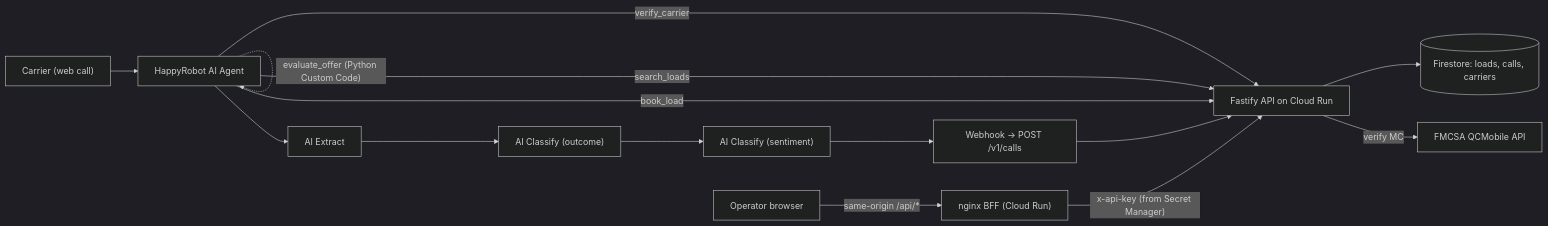
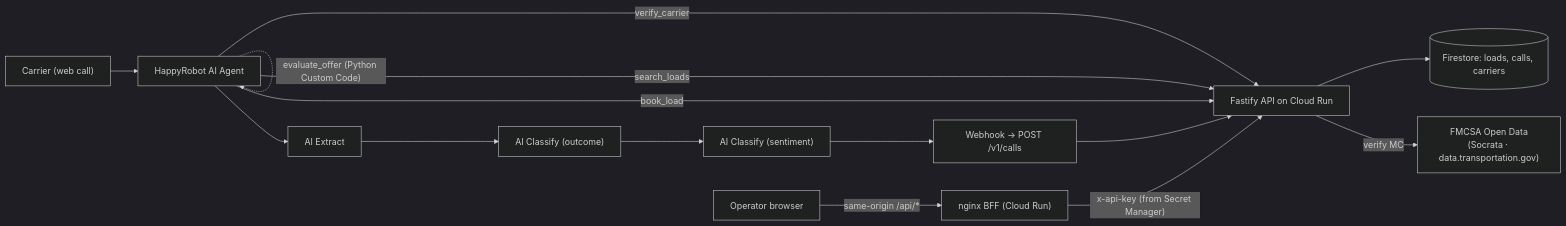
The diagram in README.md (matijacob96/happyrobot-inbound-carrier-sales-mjacob), drawn with Mermaid (dark theme) before and after one commit. The commit also changed other lines of this file and 6 other files, not shown here.

````diff
--- a/README.md
+++ b/README.md
@@ -48,17 +61,17 @@
 ```mermaid
 flowchart LR
     Carrier["Carrier (web call)"] --> HRAgent["HappyRobot AI Agent"]
     HRAgent -->|"verify_carrier"| API["Fastify API on Cloud Run"]
     HRAgent -->|"search_loads"| API
     HRAgent -->|"book_load"| API
     HRAgent -.->|"evaluate_offer (Python Custom Code)"| HRAgent
     HRAgent --> AIExtract["AI Extract"]
     AIExtract --> OutcomeClassify["AI Classify (outcome)"]
     OutcomeClassify --> SentimentClassify["AI Classify (sentiment)"]
     SentimentClassify --> WebhookOut["Webhook -> POST /v1/calls"]
     WebhookOut --> API
     API --> Firestore[("Firestore: loads, calls, carriers")]
-    API -->|"verify MC"| FMCSA["FMCSA QCMobile API"]
+    API -->|"verify MC"| FMCSA["FMCSA Open Data<br/>(Socrata · data.transportation.gov)"]
     Browser["Operator browser"] -->|"same-origin /api/*"| Dashboard["nginx BFF (Cloud Run)"]
     Dashboard -->|"x-api-key (from Secret Manager)"| API
 ```
````
